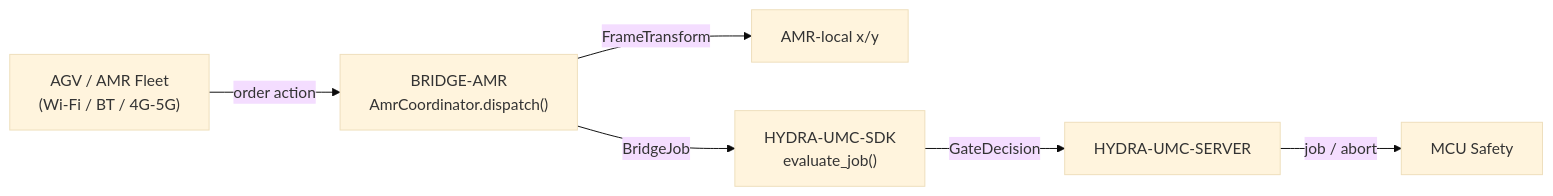
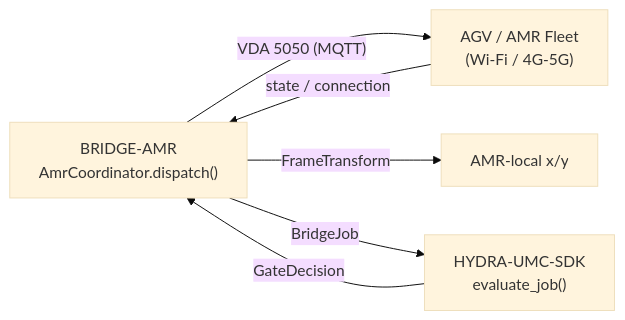
One commit to JuanenRac/HYDRA-UMC-BRIDGE-AMR changed the diagram in README.md. Above: the diagram before and after it, drawn with Mermaid (base theme). The commit also changed other lines of this file and 22 other files, not shown here.

Commit message:
Send VDA 5050 action names, give the MQTT client an id and wait for the broker, add the state/connection observer and keep orders valid JSON (0.1.1)

````diff
--- a/README.md
+++ b/README.md
@@ -50,8 +51,8 @@
 ```mermaid
 flowchart LR
-    AMR["AGV / AMR Fleet<br/>(Wi-Fi / BT / 4G-5G)"] -- "order action" --> BRIDGE["BRIDGE-AMR<br/>AmrCoordinator.dispatch()"]
+    BRIDGE["BRIDGE-AMR<br/>AmrCoordinator.dispatch()"] -- "VDA 5050 (MQTT)" --> AMR["AGV / AMR Fleet<br/>(Wi-Fi / 4G-5G)"]
+    AMR -- "state / connection" --> BRIDGE
     BRIDGE -- "FrameTransform" --> LOCAL["AMR-local x/y"]
     BRIDGE -- BridgeJob --> SDK["HYDRA-UMC-SDK<br/>evaluate_job()"]
-    SDK -- GateDecision --> SERVER["HYDRA-UMC-SERVER"]
-    SERVER -- "job / abort" --> MCU["MCU Safety"]
+    SDK -- GateDecision --> BRIDGE
 ```
````
